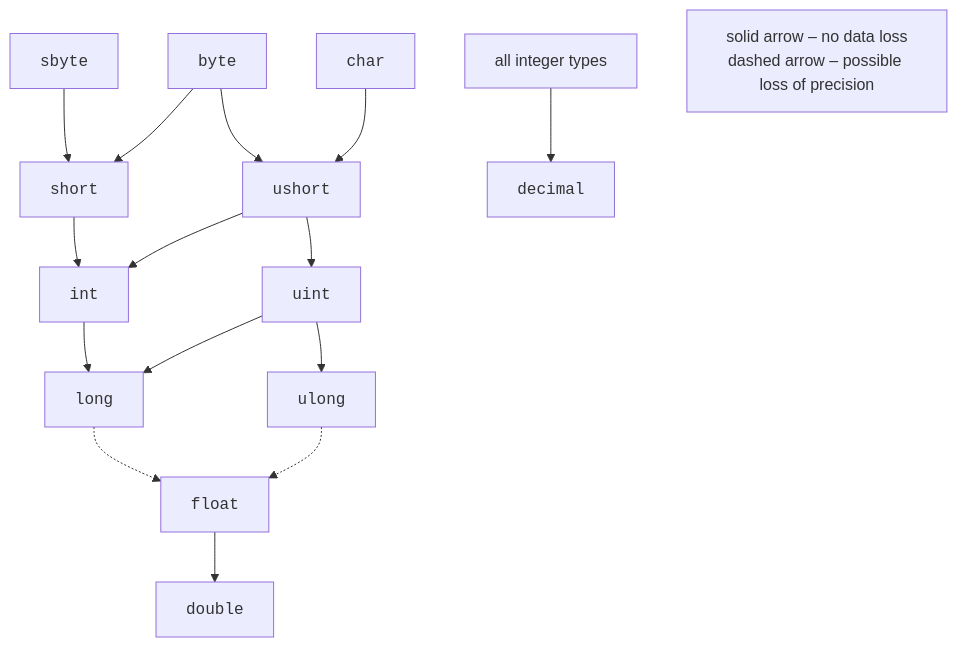
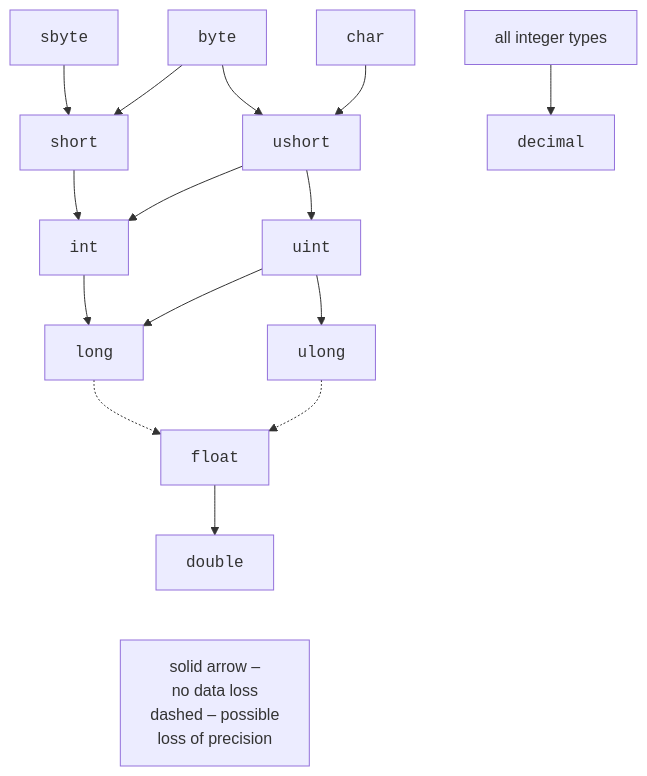
One commit to musicvano/Blog changed the diagram in src/courses/csharp/02-types-operators/conversions-arithmetic.md. Above: the diagram before and after it, drawn with Mermaid. The commit also changed other lines of this file and 583 other files, not shown here.

````diff
--- a/src/courses/csharp/02-types-operators/conversions-arithmetic.md
+++ b/src/courses/csharp/02-types-operators/conversions-arithmetic.md
@@ -27,18 +27,18 @@
 ```mermaid
 flowchart TD
   T_sbyte["<code>sbyte</code>"] --> T_short["<code>short</code>"]
   T_byte["<code>byte</code>"] --> T_short
   T_byte --> T_ushort["<code>ushort</code>"]
   T_char["<code>char</code>"] --> T_ushort
   T_short --> T_int["<code>int</code>"]
   T_ushort --> T_int
   T_ushort --> T_uint["<code>uint</code>"]
   T_int --> T_long["<code>long</code>"]
   T_uint --> T_long
   T_uint --> T_ulong["<code>ulong</code>"]
   T_long -.-> T_float["<code>float</code>"]
   T_ulong -.-> T_float
   T_float --> T_double["<code>double</code>"]
   ALL["all integer types"] --> T_decimal["<code>decimal</code>"]
-  N["solid arrow – no data loss<br>dashed arrow – possible loss of precision"]
+  T_double ~~~ N["solid arrow –<br>no data loss<br>dashed – possible<br>loss of precision"]
 ```
````
